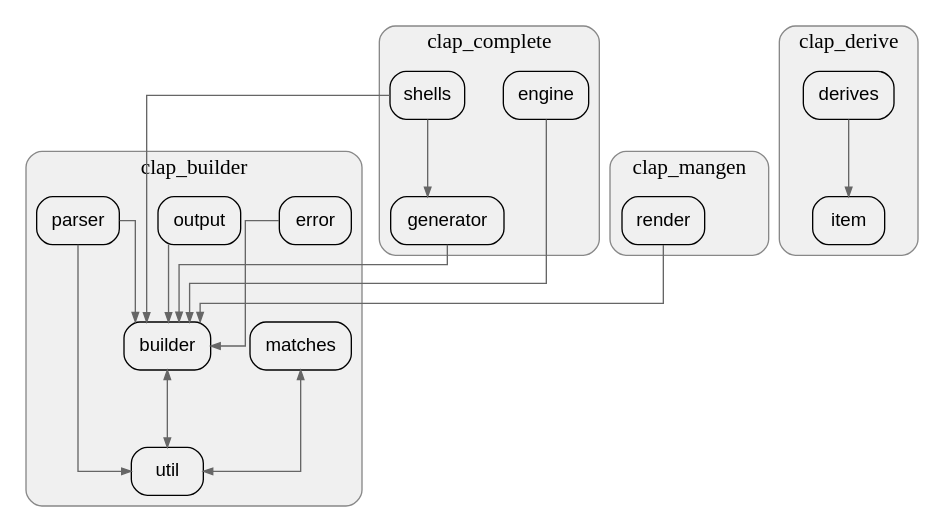
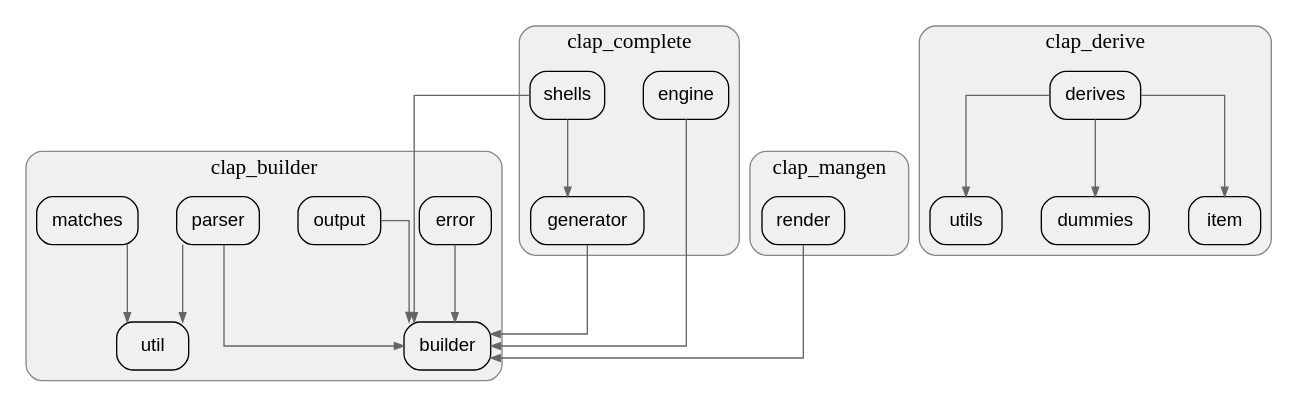
One commit to allenanswerzq/llmcc changed the diagram in sample/rust/clap/depth_2_module.dot. Above: the diagram before and after it, drawn with Graphviz. The commit also changed 319 other files, not shown here.

```diff
--- a/sample/rust/clap/depth_2_module.dot
+++ b/sample/rust/clap/depth_2_module.dot
@@ -1,77 +1,80 @@
 digraph architecture {
   // Layout settings
   rankdir=TB;
   ranksep=0.8;
   nodesep=0.4;
   splines=ortho;
   concentrate=true;
 
   node [shape=box, style="rounded,filled", fillcolor="#f0f0f0", fontname="Helvetica"];
   edge [color="#666666", arrowsize=0.7];
 
   labelloc=t;
   fontsize=16;
   fontname="Helvetica Bold";
 
   subgraph cluster_clap_builder {
     label="clap_builder";
     style=rounded;
     color="#888888";
     bgcolor="#f0f0f0";
     fontname="Helvetica Bold";
 
-    mod_clap_builder_builder[label="builder"];
-    mod_clap_builder_error[label="error"];
-    mod_clap_builder_matches[label="matches"];
-    mod_clap_builder_output[label="output"];
-    mod_clap_builder_parser[label="parser"];
-    mod_clap_builder_util[label="util"];
+    mod_clap_builder_builder[label="builder", folder="/home/yibai/llmcc/sample/repos/clap/clap_builder/src/builder"];
+    mod_clap_builder_error[label="error", folder="/home/yibai/llmcc/sample/repos/clap/clap_builder/src/error"];
+    mod_clap_builder_matches[label="matches", folder="/home/yibai/llmcc/sample/repos/clap/clap_builder/src/parser/matches"];
+    mod_clap_builder_output[label="output", folder="/home/yibai/llmcc/sample/repos/clap/clap_builder/src/output"];
+    mod_clap_builder_parser[label="parser", folder="/home/yibai/llmcc/sample/repos/clap/clap_builder/src/parser"];
+    mod_clap_builder_util[label="util", folder="/home/yibai/llmcc/sample/repos/clap/clap_builder/src/util"];
   }
 
   subgraph cluster_clap_complete {
     label="clap_complete";
     style=rounded;
     color="#888888";
     bgcolor="#f0f0f0";
     fontname="Helvetica Bold";
 
-    mod_clap_complete_engine[label="engine"];
-    mod_clap_complete_generator[label="generator"];
-    mod_clap_complete_shells[label="shells"];
+    mod_clap_complete_engine[label="engine", folder="/home/yibai/llmcc/sample/repos/clap/clap_complete/src/engine"];
+    mod_clap_complete_generator[label="generator", folder="/home/yibai/llmcc/sample/repos/clap/clap_complete/src/aot/generator"];
+    mod_clap_complete_shells[label="shells", folder="/home/yibai/llmcc/sample/repos/clap/clap_complete/src/aot/shells"];
   }
 
   subgraph cluster_clap_derive {
     label="clap_derive";
     style=rounded;
     color="#888888";
     bgcolor="#f0f0f0";
     fontname="Helvetica Bold";
 
-    mod_clap_derive_derives[label="derives"];
-    mod_clap_derive_item[label="item"];
+    mod_clap_derive_derives[label="derives", folder="/home/yibai/llmcc/sample/repos/clap/clap_derive/src/derives"];
+    mod_clap_derive_dummies[label="dummies", folder="/home/yibai/llmcc/sample/repos/clap/clap_derive/src"];
+    mod_clap_derive_item[label="item", folder="/home/yibai/llmcc/sample/repos/clap/clap_derive/src"];
+    mod_clap_derive_utils[label="utils", folder="/home/yibai/llmcc/sample/repos/clap/clap_derive/src/utils"];
   }
 
   subgraph cluster_clap_mangen {
     label="clap_mangen";
     style=rounded;
     color="#888888";
     bgcolor="#f0f0f0";
     fontname="Helvetica Bold";
 
-    mod_clap_mangen_render[label="render"];
+    mod_clap_mangen_render[label="render", folder="/home/yibai/llmcc/sample/repos/clap/clap_mangen/src"];
   }
 
 
-  mod_clap_builder_builder -> mod_clap_builder_util [dir=both]; // dir best-effort not accurate
   mod_clap_builder_error -> mod_clap_builder_builder;
-  mod_clap_builder_matches -> mod_clap_builder_util [dir=both]; // dir best-effort not accurate
+  mod_clap_builder_matches -> mod_clap_builder_util;
   mod_clap_builder_output -> mod_clap_builder_builder;
   mod_clap_builder_parser -> mod_clap_builder_builder;
   mod_clap_builder_parser -> mod_clap_builder_util;
   mod_clap_complete_engine -> mod_clap_builder_builder;
   mod_clap_complete_generator -> mod_clap_builder_builder;
   mod_clap_complete_shells -> mod_clap_builder_builder;
   mod_clap_complete_shells -> mod_clap_complete_generator;
+  mod_clap_derive_derives -> mod_clap_derive_dummies;
   mod_clap_derive_derives -> mod_clap_derive_item;
+  mod_clap_derive_derives -> mod_clap_derive_utils;
   mod_clap_mangen_render -> mod_clap_builder_builder;
 }
```
